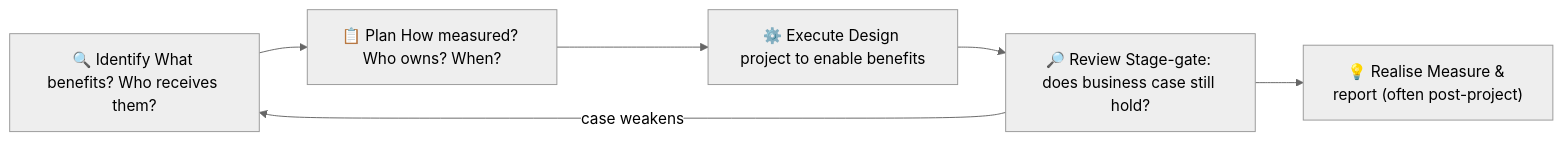
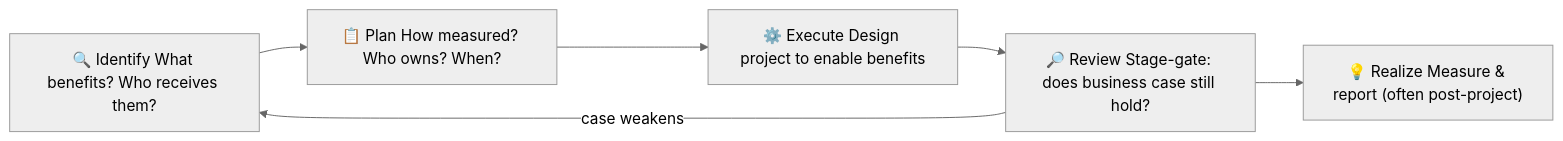
The third of 3 diagrams in modules/02-governance.md (UncleJS/course_projectManagement), drawn with Mermaid (neutral theme) before and after one commit. The commit also changed other lines of this file and 63 other files, not shown here.

````diff
--- a/modules/02-governance.md
+++ b/modules/02-governance.md
@@ -197,10 +197,10 @@
 ```mermaid
 flowchart LR
     ID["🔍 Identify What benefits? Who receives them?"]
     PL["📋 Plan How measured? Who owns? When?"]
     EX["⚙️ Execute Design project to enable benefits"]
     RV["🔎 Review Stage-gate: does business case still hold?"]
-    RL["💡 Realise Measure & report (often post-project)"]
+    RL["💡 Realize Measure & report (often post-project)"]
     ID --> PL --> EX --> RV --> RL
     RV -->|"case weakens"| ID
 ```
````
